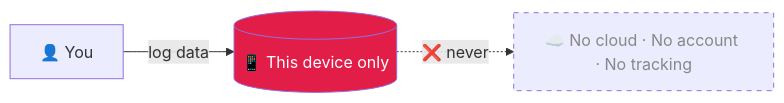
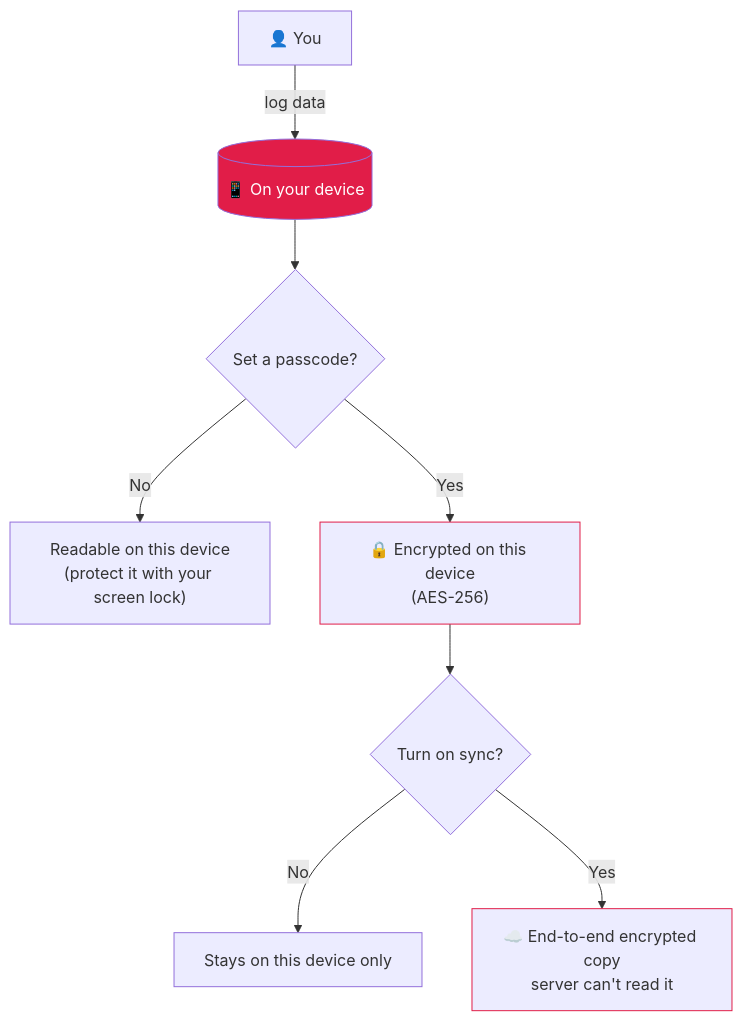
The fifth of 5 diagrams in docs/USER_GUIDE.md (deepakpk-dev/lumen), drawn with Mermaid before and after one commit. The commit also changed other lines of this file, not shown here.

First line of the commit message:
docs(user-guide): bring guide current with encryption + sync

````diff
--- a/docs/USER_GUIDE.md
+++ b/docs/USER_GUIDE.md
@@ -517,7 +549,13 @@
 ```mermaid
-flowchart LR
-    U["👤 You"] -->|log data| D[("📱 This device only")]
-    D -.->|❌ never| Cloud["☁️ No cloud · No account · No tracking"]
+flowchart TD
+    U["👤 You"] -->|log data| D[("📱 On your device")]
+    D --> P{"Set a passcode?"}
+    P -->|No| Plain["Readable on this device<br/>(protect it with your screen lock)"]
+    P -->|Yes| Enc["🔒 Encrypted on this device<br/>(AES-256)"]
+    Enc --> SY{"Turn on sync?"}
+    SY -->|No| Local["Stays on this device only"]
+    SY -->|Yes| Cloud["☁️ End-to-end encrypted copy<br/>server can't read it"]
     style D fill:#e11d48,color:#fff
-    style Cloud stroke-dasharray: 5 5,color:#888
+    style Enc stroke:#e11d48
+    style Cloud stroke:#e11d48
 ```
````
